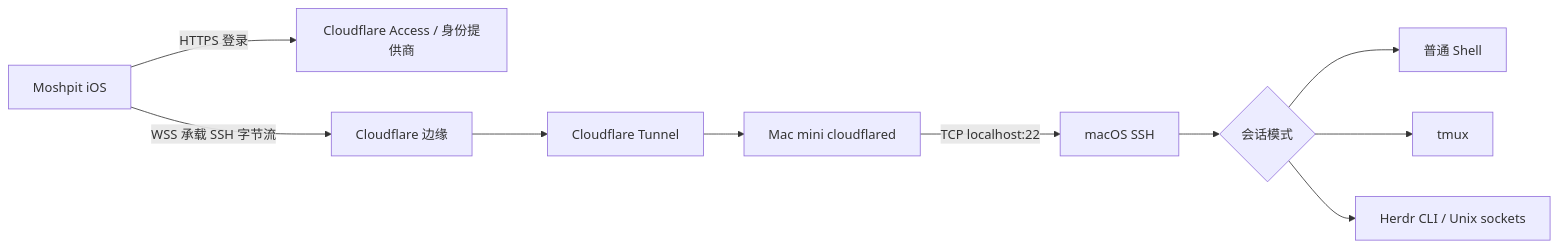
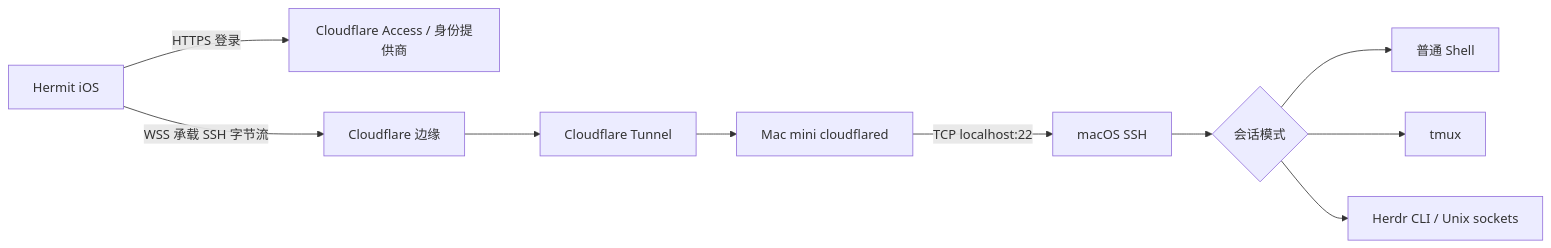
One commit to Aias00/hermit changed the diagram in docs/design/cloudflare-herdr-access.md. Above: the diagram before and after it, drawn with Mermaid. The commit also changed other lines of this file and 557 other files, not shown here.

First line of the commit message:
refactor: rename Moshpit to Hermit with upgrade compatibility

````diff
--- a/docs/design/cloudflare-herdr-access.md
+++ b/docs/design/cloudflare-herdr-access.md
@@ -52,12 +52,12 @@
 ```mermaid
 flowchart LR
-    I[Moshpit iOS] -->|HTTPS 登录| A[Cloudflare Access / 身份提供商]
+    I[Hermit iOS] -->|HTTPS 登录| A[Cloudflare Access / 身份提供商]
     I -->|WSS 承载 SSH 字节流| E[Cloudflare 边缘]
     E --> T[Cloudflare Tunnel]
     T --> C[Mac mini cloudflared]
     C -->|TCP localhost:22| S[macOS SSH]
     S --> B{会话模式}
     B --> SH[普通 Shell]
     B --> TM[tmux]
     B --> H[Herdr CLI / Unix sockets]
 ```
````
